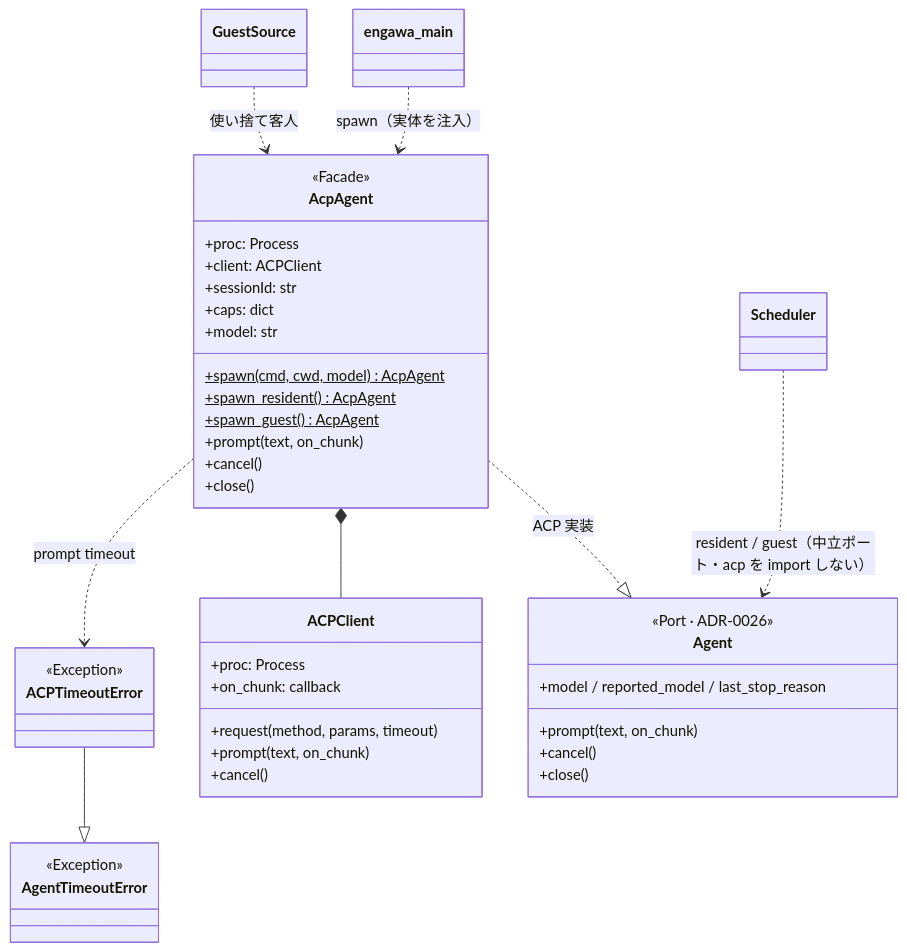
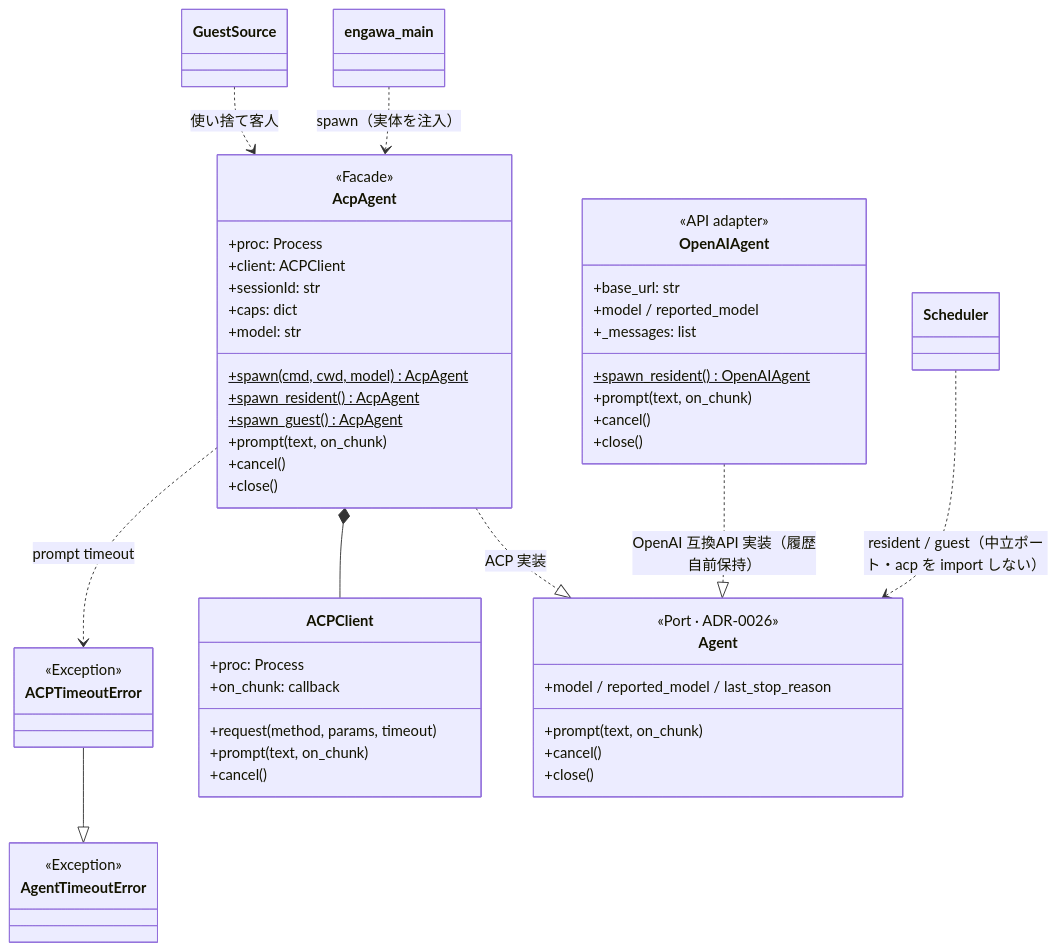
The third of 7 diagrams in docs/class-diagram.md (NiteC-a11y/Engawa), drawn with Mermaid before and after one commit. The commit also changed other lines of this file and 13 other files, not shown here.

First line of the commit message:
feat(agent): ADR-0026 第2アダプタ OpenAIAgent（ローカル LLM backend・LM Studio/Ollama）

````diff
--- a/docs/class-diagram.md
+++ b/docs/class-diagram.md
@@ -119,51 +119,63 @@
 ```mermaid
 classDiagram
     direction TB
 
     class ACPClient {
         +proc: Process
         +on_chunk: callback
         +request(method, params, timeout)
         +prompt(text, on_chunk)
         +cancel()
     }
 
     class AcpAgent {
         <<Facade>>
         +proc: Process
         +client: ACPClient
         +sessionId: str
         +caps: dict
         +model: str
         +spawn(cmd, cwd, model)$ AcpAgent
         +spawn_resident()$ AcpAgent
         +spawn_guest()$ AcpAgent
         +prompt(text, on_chunk)
         +cancel()
         +close()
     }
 
+    class OpenAIAgent {
+        <<API adapter>>
+        +base_url: str
+        +model / reported_model
+        +_messages: list
+        +spawn_resident()$ OpenAIAgent
+        +prompt(text, on_chunk)
+        +cancel()
+        +close()
+    }
+
     class Agent {
         <<Port · ADR-0026>>
         +model / reported_model / last_stop_reason
         +prompt(text, on_chunk)
         +cancel()
         +close()
     }
 
     class AgentTimeoutError {
         <<Exception>>
     }
 
     class ACPTimeoutError {
         <<Exception>>
     }
 
     AcpAgent ..|> Agent : ACP 実装
+    OpenAIAgent ..|> Agent : OpenAI 互換API 実装（履歴自前保持）
     ACPTimeoutError --|> AgentTimeoutError
     AcpAgent *-- ACPClient
     AcpAgent ..> ACPTimeoutError : prompt timeout
     Scheduler ..> Agent : resident / guest（中立ポート・acp を import しない）
     engawa_main ..> AcpAgent : spawn（実体を注入）
     GuestSource ..> AcpAgent : 使い捨て客人
 ```
````
